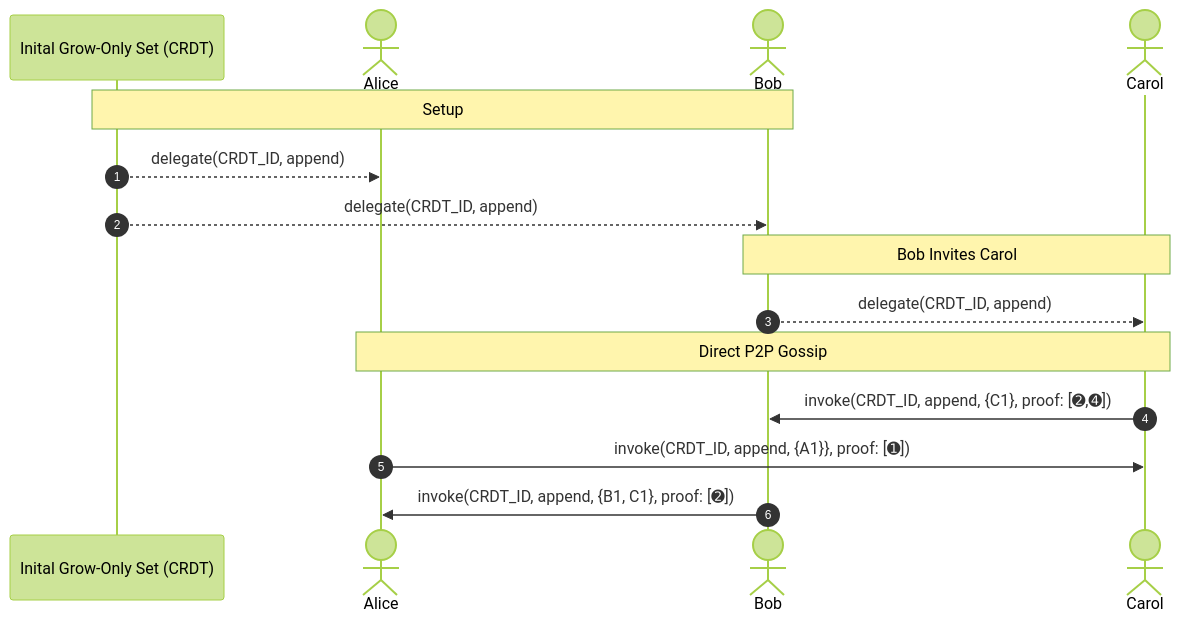
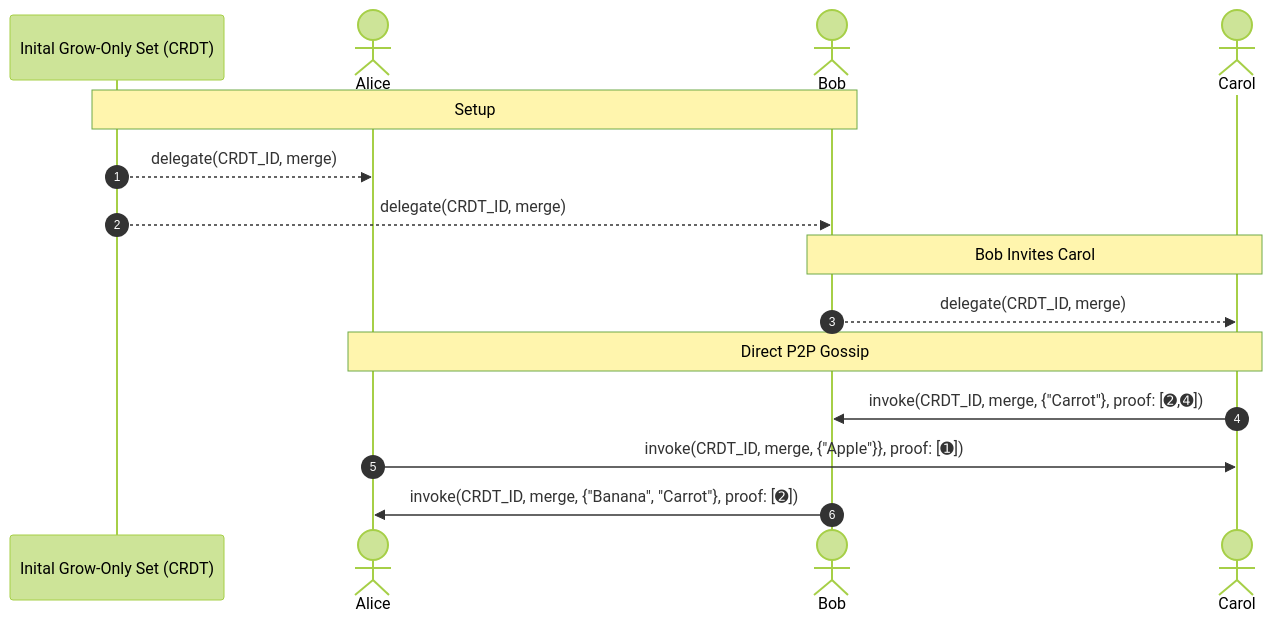
One commit to michielbdejong/spec changed the fourth of 5 diagrams in README.md. Above: the diagram before and after it, drawn with Mermaid (forest theme). The commit also changed other lines of this file, not shown here.

````diff
--- a/README.md
+++ b/README.md
@@ -352,22 +355,22 @@
 ``` mermaid
 sequenceDiagram
     participant CRDT as Inital Grow-Only Set (CRDT)
 
     actor Alice
     actor Bob
     actor Carol
     
     autonumber
 
     Note over CRDT, Bob: Setup
-    CRDT -->> Alice: delegate(CRDT_ID, append)
-    CRDT -->> Bob: delegate(CRDT_ID, append)
+    CRDT -->> Alice: delegate(CRDT_ID, merge)
+    CRDT -->> Bob: delegate(CRDT_ID, merge)
     
     Note over Bob, Carol: Bob Invites Carol
-    Bob -->> Carol: delegate(CRDT_ID, append)
+    Bob -->> Carol: delegate(CRDT_ID, merge)
 
     Note over Alice, Carol: Direct P2P Gossip
-    Carol ->> Bob: invoke(CRDT_ID, append, {C1}, proof: [➋,➍])
-    Alice ->> Carol: invoke(CRDT_ID, append, {A1}}, proof: [➊])
-    Bob ->> Alice: invoke(CRDT_ID, append, {B1, C1}, proof: [➋])
+    Carol ->> Bob: invoke(CRDT_ID, merge, {"Carrot"}, proof: [➋,➍])
+    Alice ->> Carol: invoke(CRDT_ID, merge, {"Apple"}}, proof: [➊])
+    Bob ->> Alice: invoke(CRDT_ID, merge, {"Banana", "Carrot"}, proof: [➋])
 ```
````
